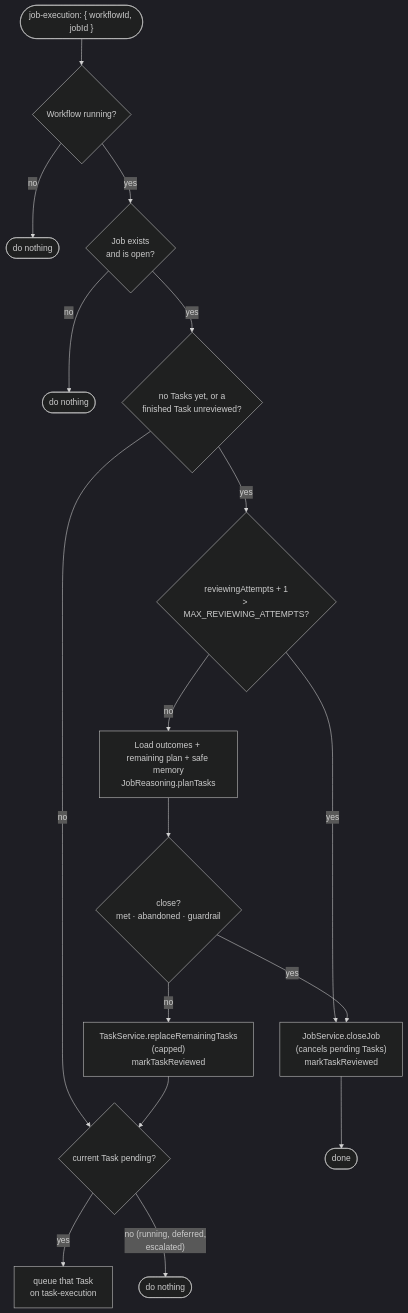
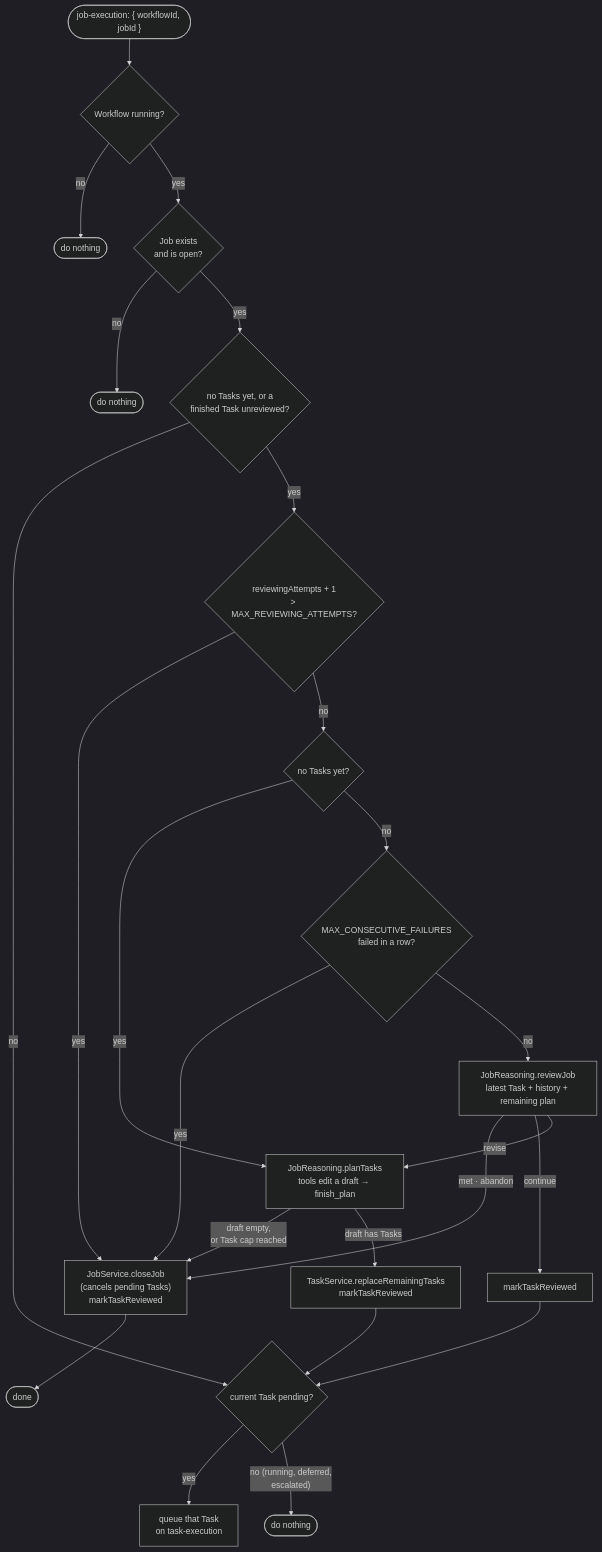
Before and after one commit to BaraaSoft/agentcores: the third of 4 diagrams in packages/backend/src/governance/processors/tech-spec.md, drawn with Mermaid (dark theme). The commit also changed other lines of this file and 21 other files, not shown here.

First line of the commit message:
Refactor job execution and reasoning processes for enhanced task management

````diff
--- a/packages/backend/src/governance/processors/tech-spec.md
+++ b/packages/backend/src/governance/processors/tech-spec.md
@@ -199,17 +199,23 @@
 ```mermaid
 flowchart TD
     Start(["job-execution: { workflowId, jobId }"]) --> Running{"Workflow running?"}
     Running -- no --> Stop1(["do nothing"])
     Running -- yes --> Open{"Job exists<br/>and is open?"}
     Open -- no --> Stop2(["do nothing"])
     Open -- yes --> Needs{"no Tasks yet, or a<br/>finished Task unreviewed?"}
     Needs -- no --> Current
     Needs -- yes --> Attempts{"reviewingAttempts + 1<br/>> MAX_REVIEWING_ATTEMPTS?"}
     Attempts -- yes --> Close
-    Attempts -- no --> Plan["Load outcomes + remaining plan + safe memory<br/>JobReasoning.planTasks"]
-    Plan --> Decide{"close?<br/>met · abandoned · guardrail"}
-    Decide -- yes --> Close["JobService.closeJob<br/>(cancels pending Tasks)<br/>markTaskReviewed"] --> Stop3(["done"])
-    Decide -- no --> Replace["TaskService.replaceRemainingTasks<br/>(capped)<br/>markTaskReviewed"] --> Current
+    Attempts -- no --> Kind{"no Tasks yet?"}
+    Kind -- yes --> Plan
+    Kind -- no --> Streak{"MAX_CONSECUTIVE_FAILURES<br/>failed in a row?"}
+    Streak -- yes --> Close
+    Streak -- no --> Review["JobReasoning.reviewJob<br/>latest Task + history + remaining plan"]
+    Review -- "met · abandon" --> Close
+    Review -- "continue" --> Reviewed["markTaskReviewed"] --> Current
+    Review -- "revise" --> Plan["JobReasoning.planTasks<br/>tools edit a draft → finish_plan"]
+    Plan -- "draft empty,<br/>or Task cap reached" --> Close["JobService.closeJob<br/>(cancels pending Tasks)<br/>markTaskReviewed"] --> Stop3(["done"])
+    Plan -- "draft has Tasks" --> Replace["TaskService.replaceRemainingTasks<br/>markTaskReviewed"] --> Current
     Current{"current Task pending?"} -- yes --> Queue["queue that Task<br/>on task-execution"]
     Current -- "no (running, deferred,<br/>escalated)" --> Stop4(["do nothing"])
 ```
````
